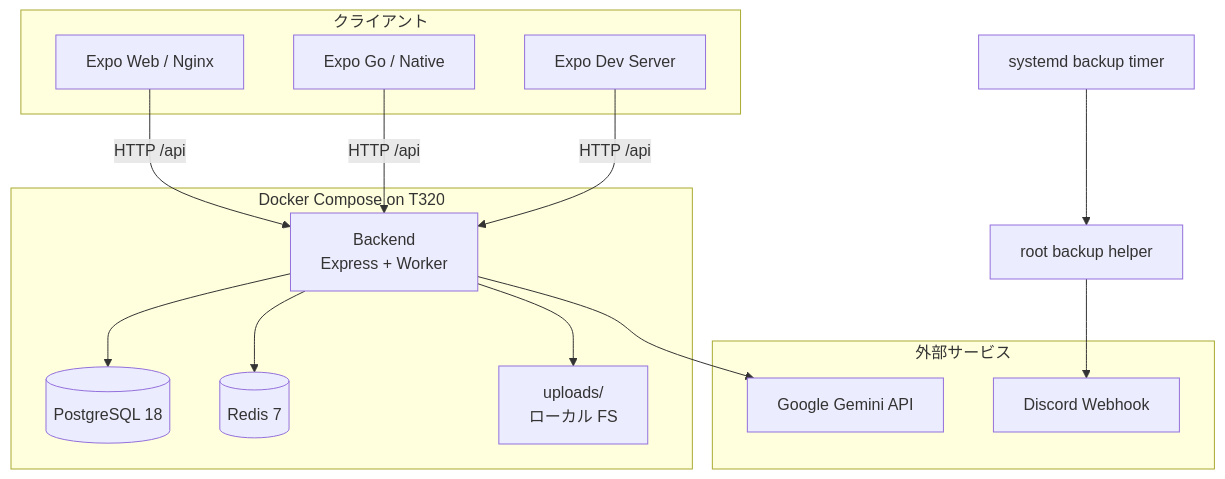
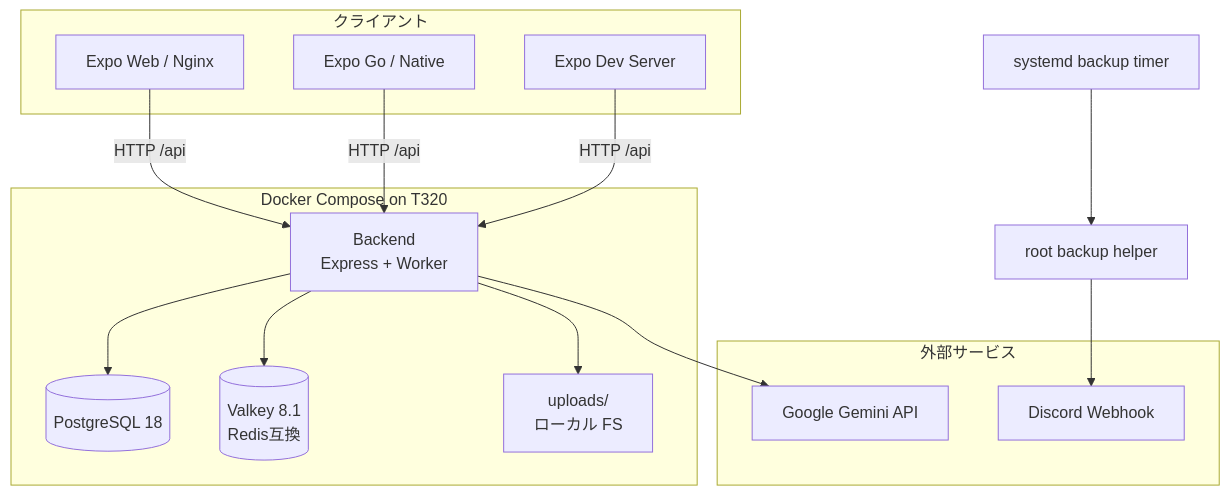
One commit to yama180sx/receipt-ai-app changed the first of 11 diagrams in docs/design/architecture.md. Above: the diagram before and after it, drawn with Mermaid. The commit also changed other lines of this file and 9 other files, not shown here.

````diff
--- a/docs/design/architecture.md
+++ b/docs/design/architecture.md
@@ -36,32 +36,32 @@
 ```mermaid
 flowchart TB
     subgraph clients [クライアント]
         Web[Expo Web / Nginx]
         Mobile[Expo Go / Native]
         DevExpo[Expo Dev Server]
     end
 
     subgraph docker [Docker Compose on T320]
         BE[Backend<br/>Express + Worker]
         PG[(PostgreSQL 18)]
-        RD[(Redis 7)]
+        RD[(Valkey 8.1<br/>Redis互換)]
         FS[uploads/<br/>ローカル FS]
     end
 
     subgraph external [外部サービス]
         Gemini[Google Gemini API]
         Discord[Discord Webhook]
     end
 
     Web -->|HTTP /api| BE
     Mobile -->|HTTP /api| BE
     DevExpo -->|HTTP /api| BE
 
     BE --> PG
     BE --> RD
     BE --> FS
     BE --> Gemini
 
     Timer[systemd backup timer] --> Backup[root backup helper]
     Backup --> Discord
 ```
````
